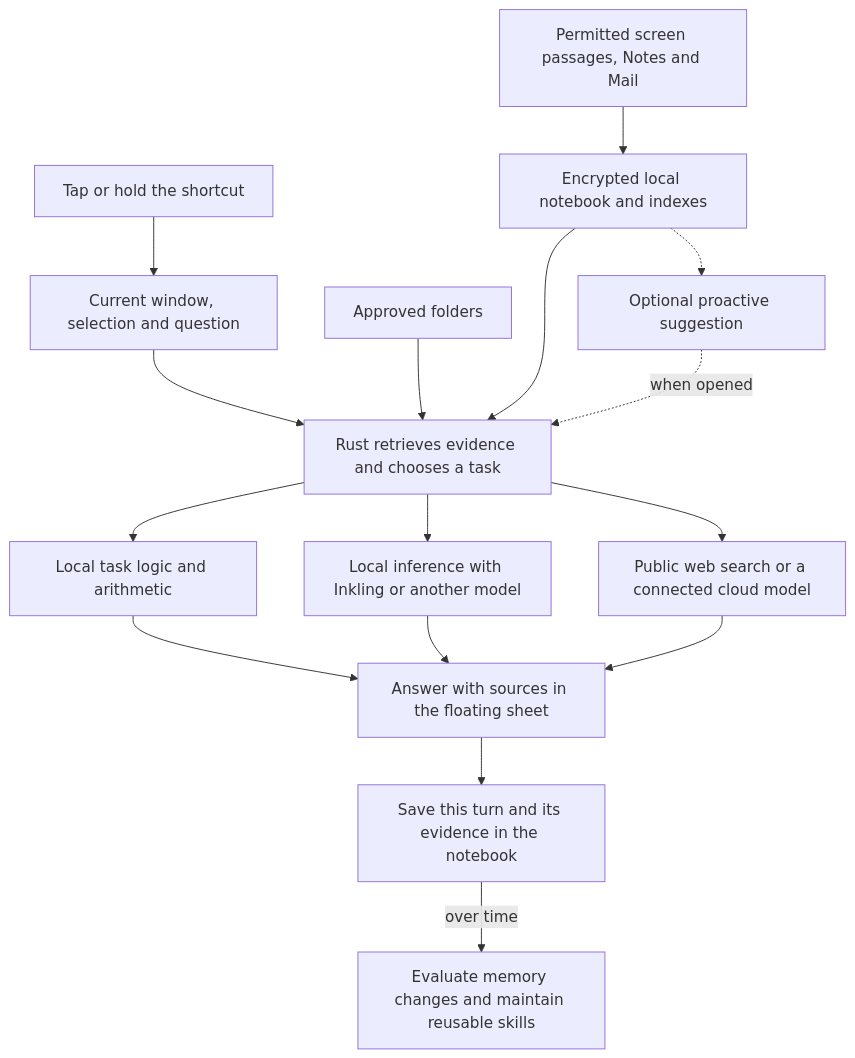
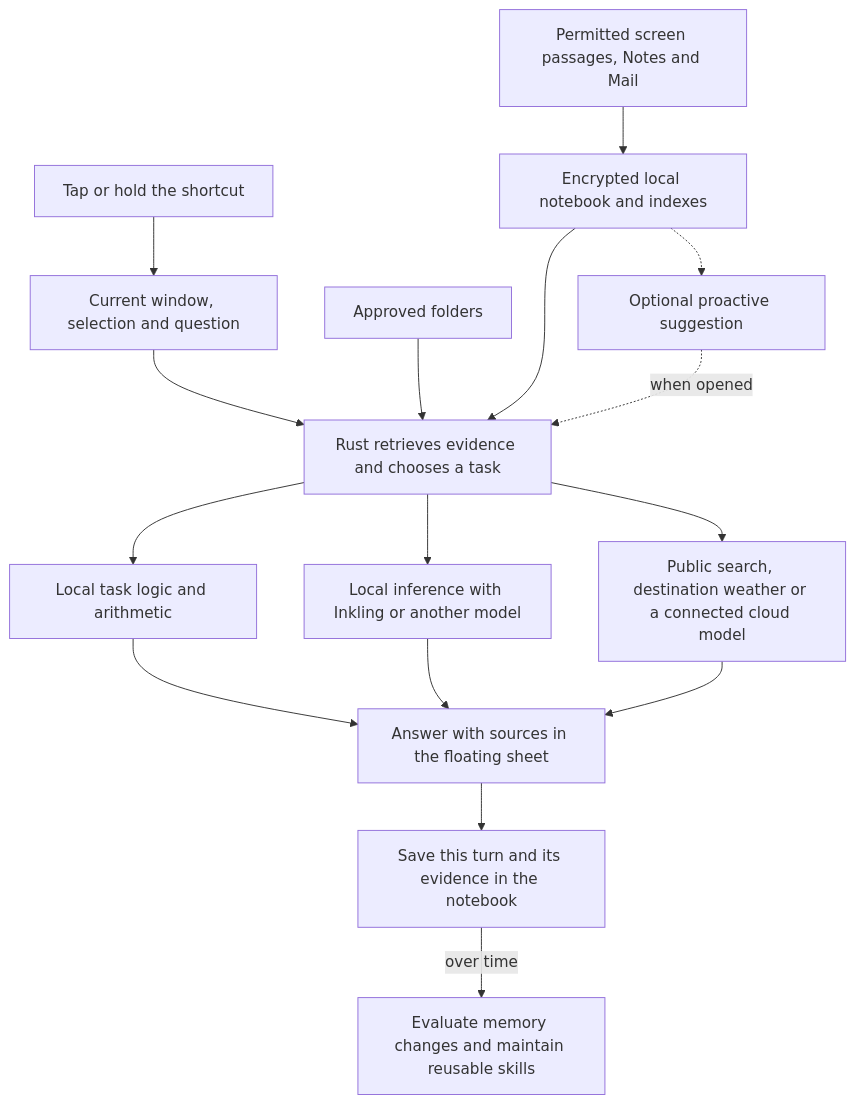
The diagram in docs/architecture.md (pranavdulepet/beside), drawn with Mermaid before and after one commit. The commit also changed other lines of this file and 81 other files, not shown here.

````diff
--- a/docs/architecture.md
+++ b/docs/architecture.md
@@ -5,18 +5,18 @@
 ```mermaid
 flowchart TD
     shortcut["Tap or hold the shortcut"] --> target["Current window, selection and question"]
     sources["Permitted screen passages, Notes and Mail"] --> index["Encrypted local notebook and indexes"]
     index --> ask["Rust retrieves evidence and chooses a task"]
     target --> ask
     folders["Approved folders"] --> ask
     index -.-> dot["Optional proactive suggestion"]
     dot -.->|when opened| ask
     ask --> rules["Local task logic and arithmetic"]
     ask --> model["Local inference with Inkling or another model"]
-    ask --> network["Public web search or a connected cloud model"]
+    ask --> network["Public search, destination weather or a connected cloud model"]
     rules --> result["Answer with sources in the floating sheet"]
     model --> result
     network --> result
     result --> save["Save this turn and its evidence in the notebook"]
     save -->|over time| learning["Evaluate memory changes and maintain reusable skills"]
 ```
````
